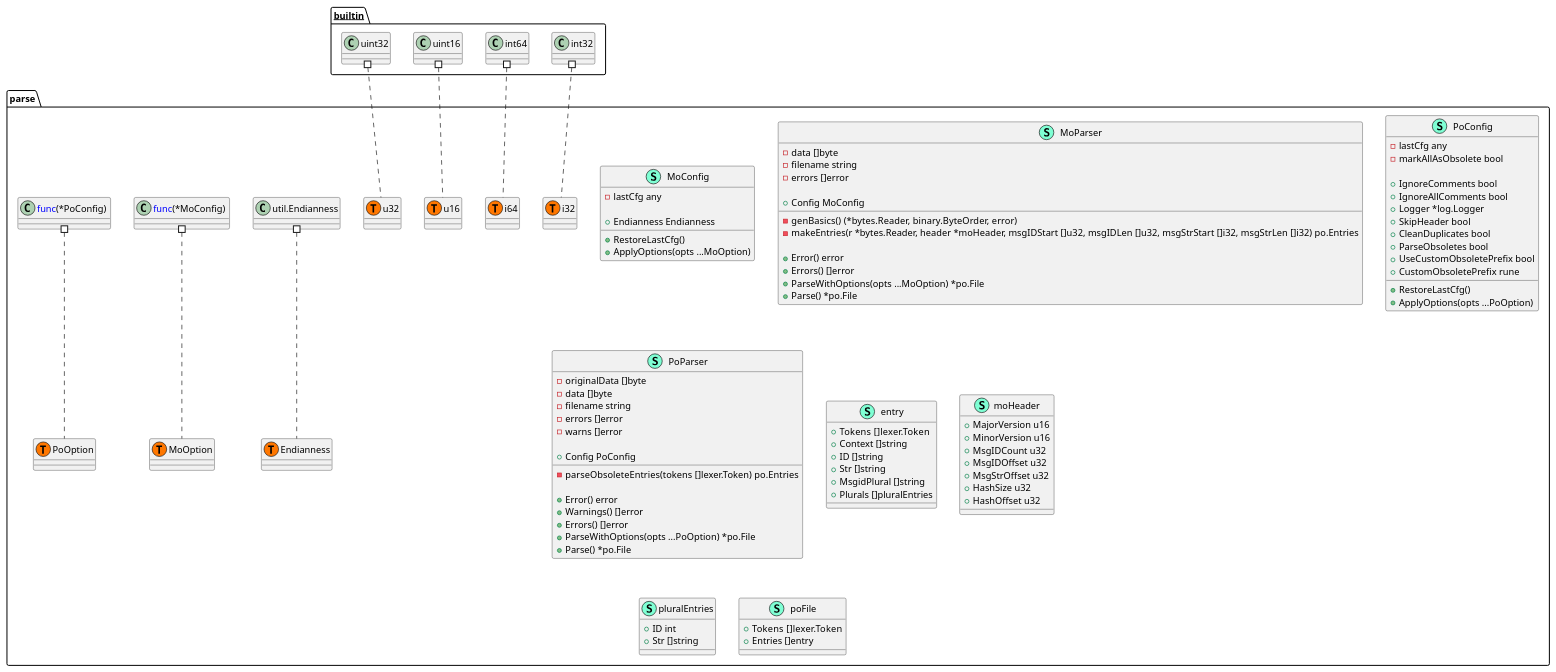
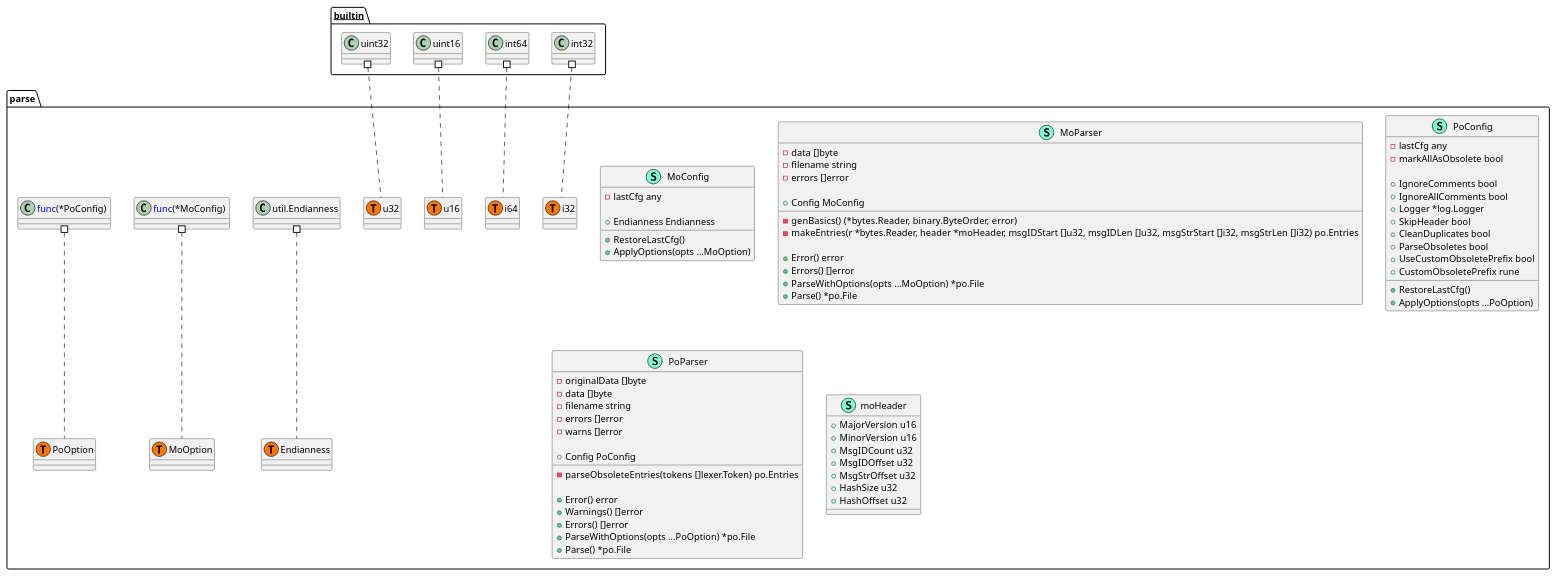
The diagram in pkg/po/parse/structure.puml (Tom5521/gotext-tools), drawn with PlantUML before and after one commit. The commit also changed 5 other files, not shown here.

```diff
--- a/pkg/po/parse/structure.puml
+++ b/pkg/po/parse/structure.puml
@@ -1,119 +1,100 @@
 @startuml
 namespace parse {
     class MoConfig << (S,Aquamarine) >> {
         - lastCfg any
 
         + Endianness Endianness
 
         + RestoreLastCfg() 
         + ApplyOptions(opts ...MoOption) 
 
     }
     class MoParser << (S,Aquamarine) >> {
         - data []byte
         - filename string
         - errors []error
 
         + Config MoConfig
 
         - genBasics() (*bytes.Reader, binary.ByteOrder, error)
         - makeEntries(r *bytes.Reader, header *moHeader, msgIDStart []u32, msgIDLen []u32, msgStrStart []i32, msgStrLen []i32) po.Entries
 
         + Error() error
         + Errors() []error
         + ParseWithOptions(opts ...MoOption) *po.File
         + Parse() *po.File
 
     }
     class PoConfig << (S,Aquamarine) >> {
         - lastCfg any
         - markAllAsObsolete bool
 
         + IgnoreComments bool
         + IgnoreAllComments bool
         + Logger *log.Logger
         + SkipHeader bool
         + CleanDuplicates bool
         + ParseObsoletes bool
         + UseCustomObsoletePrefix bool
         + CustomObsoletePrefix rune
 
         + RestoreLastCfg() 
         + ApplyOptions(opts ...PoOption) 
 
     }
     class PoParser << (S,Aquamarine) >> {
         - originalData []byte
         - data []byte
         - filename string
         - errors []error
         - warns []error
 
         + Config PoConfig
 
         - parseObsoleteEntries(tokens []lexer.Token) po.Entries
 
         + Error() error
         + Warnings() []error
         + Errors() []error
         + ParseWithOptions(opts ...PoOption) *po.File
         + Parse() *po.File
 
     }
-    class entry << (S,Aquamarine) >> {
-        + Tokens []lexer.Token
-        + Context []string
-        + ID []string
-        + Str []string
-        + MsgidPlural []string
-        + Plurals []pluralEntries
-
-    }
     class moHeader << (S,Aquamarine) >> {
         + MajorVersion u16
         + MinorVersion u16
         + MsgIDCount u32
         + MsgIDOffset u32
         + MsgStrOffset u32
         + HashSize u32
         + HashOffset u32
 
     }
     class parse.Endianness << (T, #FF7700) >>  {
     }
     class parse.MoOption << (T, #FF7700) >>  {
     }
     class parse.PoOption << (T, #FF7700) >>  {
     }
     class parse.i32 << (T, #FF7700) >>  {
     }
     class parse.i64 << (T, #FF7700) >>  {
     }
     class parse.u16 << (T, #FF7700) >>  {
     }
     class parse.u32 << (T, #FF7700) >>  {
     }
-    class pluralEntries << (S,Aquamarine) >> {
-        + ID int
-        + Str []string
-
-    }
-    class poFile << (S,Aquamarine) >> {
-        + Tokens []lexer.Token
-        + Entries []entry
-
-    }
     class "util.Endianness" as utilEndianness {
         'This class was created so that we can correctly have an alias pointing to this name. Since it contains dots that can break namespaces
     }
 }
 
 
 "__builtin__.int32" #.. "parse.i32"
 "__builtin__.int64" #.. "parse.i64"
 "__builtin__.uint16" #.. "parse.u16"
 "__builtin__.uint32" #.. "parse.u32"
 "parse.<font color=blue>func</font>(*MoConfig) " #.. "parse.MoOption"
 "parse.<font color=blue>func</font>(*PoConfig) " #.. "parse.PoOption"
 "parse.utilEndianness" #.. "parse.Endianness"
 @enduml
```
